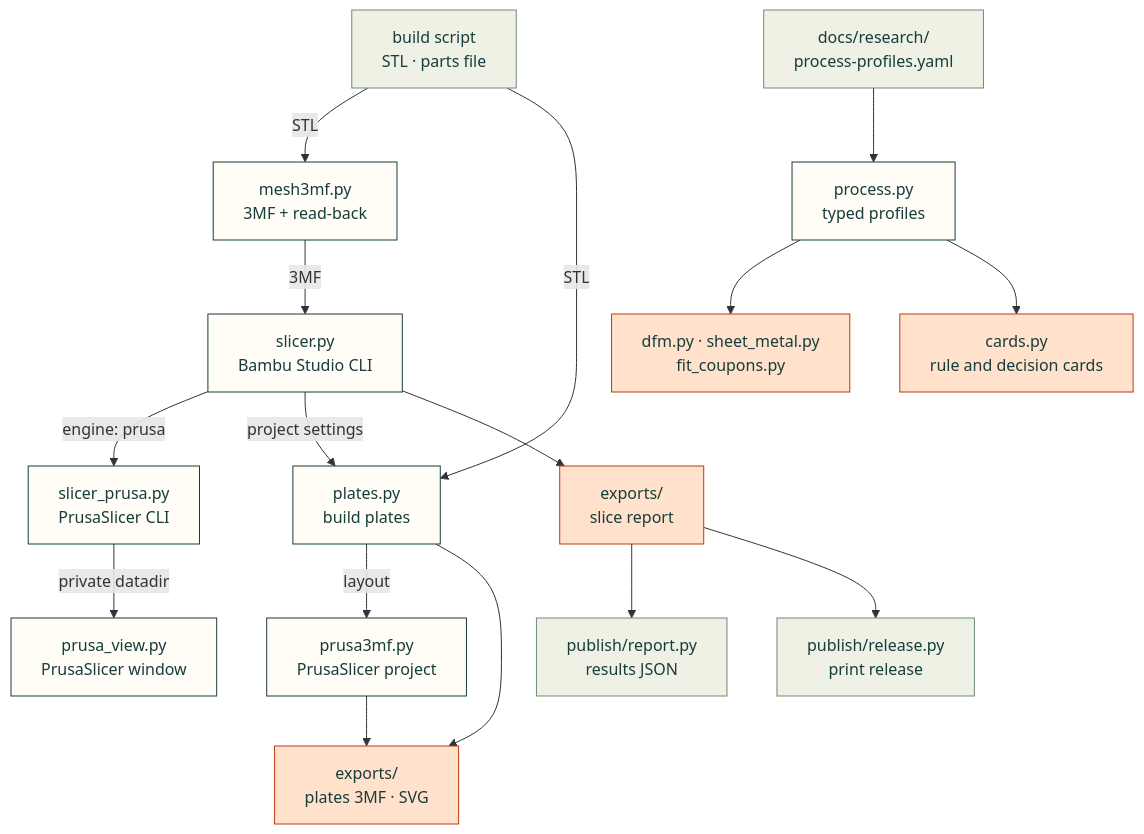
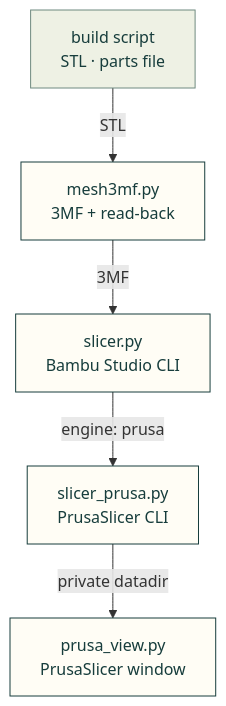
Before and after one commit to Valpatel/cad-agent: the first of 4 diagrams in software/cadagent/manufacturing/README.md, drawn with Mermaid. The commit also changed other lines of this file and 26 other files, not shown here.

Commit message:
docs(repo): make published folder diagrams readable across screen sizes

````diff
--- a/software/cadagent/manufacturing/README.md
+++ b/software/cadagent/manufacturing/README.md
@@ -46,24 +48,17 @@
 ```mermaid
 flowchart TD
-    B["build script<br/>STL · parts file"] -->|"STL"| M3["mesh3mf.py<br/>3MF + read-back"]
-    M3 -->|"3MF"| SL["slicer.py<br/>Bambu Studio CLI"]
-    SL -->|"engine: prusa"| SP["slicer_prusa.py<br/>PrusaSlicer CLI"]
-    SP -->|"private datadir"| PV["prusa_view.py<br/>PrusaSlicer window"]
-    B -->|"STL"| PL["plates.py<br/>build plates"]
-    SL -->|"project settings"| PL
-    PL -->|"layout"| P3["prusa3mf.py<br/>PrusaSlicer project"]
-    P3 --> PF
-    PL --> PF["exports/<br/>plates 3MF · SVG"]
-    SL --> SR["exports/<br/>slice report"]
-    SR --> R["publish/report.py<br/>results JSON"]
-    SR --> REL["publish/release.py<br/>print release"]
-    Y["docs/research/<br/>process-profiles.yaml"] --> PR["process.py<br/>typed profiles"]
-    PR --> DF["dfm.py · sheet_metal.py<br/>fit_coupons.py"]
-    PR --> CA["cards.py<br/>rule and decision cards"]
+    B["build script<br/>STL · parts file"]
+    M3["mesh3mf.py<br/>3MF + read-back"]
+    SL["slicer.py<br/>Bambu Studio CLI"]
+    SP["slicer_prusa.py<br/>PrusaSlicer CLI"]
+    PV["prusa_view.py<br/>PrusaSlicer window"]
+    B -->|"STL"| M3
+    M3 -->|"3MF"| SL
+    SL -->|"engine: prusa"| SP
+    SP -->|"private datadir"| PV
     classDef here fill:#fffdf5,stroke:#173d3c,color:#173d3c
     classDef near fill:#eef1e4,stroke:#6f8a80,color:#173d3c
     classDef out fill:#ffe1cc,stroke:#bd3a12,color:#173d3c
-    class M3,SL,SP,PV,PL,P3,PR here
-    class B,R,REL,Y near
-    class SR,PF,DF,CA out
+    class M3,SL,SP,PV here
+    class B near
 ```
````
